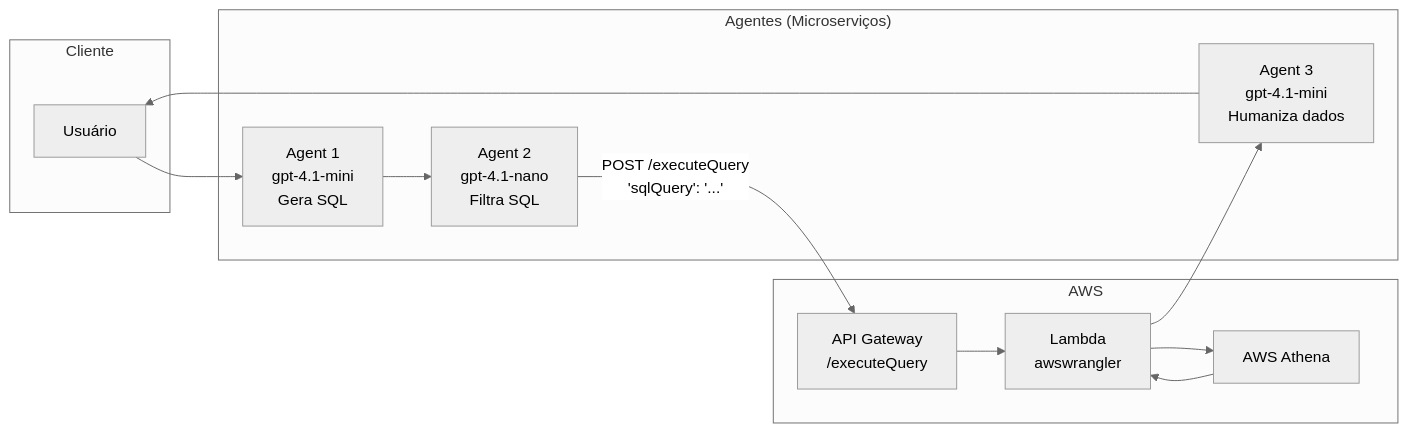
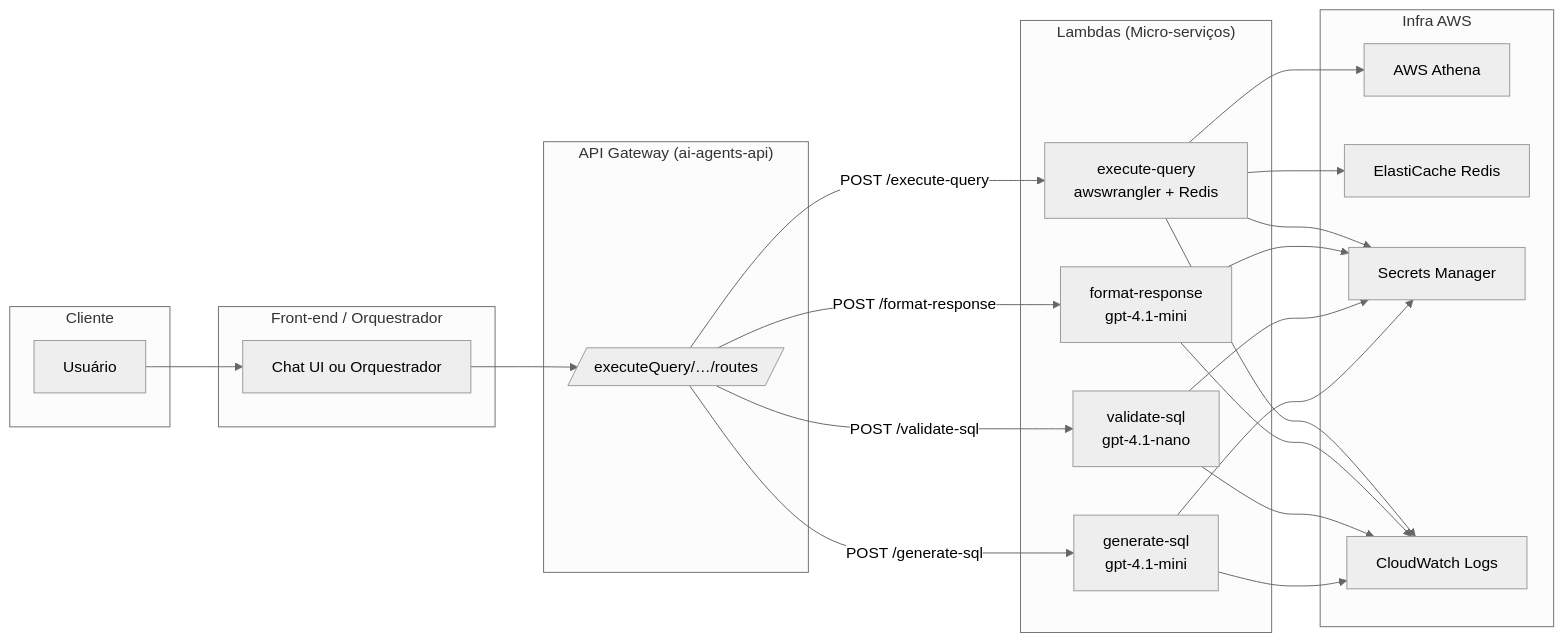
Before and after one commit to caio-andres/sql-executor-agent: the diagram in README.md, drawn with Mermaid (neutral theme). The commit also changed other lines of this file, not shown here.

Commit message:
chore(Mermaid): Cloud architecture updated.

````diff
--- a/README.md
+++ b/README.md
@@ -5,29 +16,45 @@
 ```mermaid
 graph LR
-    %% Definição de clusters/layers
-    subgraph Cliente
-      U[Usuário]
-    end
+  subgraph Cliente
+    U[Usuário]
+  end
 
-    subgraph "Agentes (Microserviços)"
-      A1[Agent 1<br/>gpt-4.1-mini<br/>Gera SQL]
-      A2[Agent 2<br/>gpt-4.1-nano<br/>Filtra SQL]
-      A3[Agent 3<br/>gpt-4.1-mini<br/>Humaniza dados]
-    end
+  subgraph "Front-end / Orquestrador"
+    FE[Chat UI ou Orquestrador]
+  end
 
-    subgraph AWS
-      APIGW[API Gateway<br/>/executeQuery]
-      LambdaExec[Lambda<br/>awswrangler]
-      Athena[AWS Athena]
-    end
+  subgraph "API Gateway (ai-agents-api)"
+    APIGW[/executeQuery/…/routes/]
+  end
 
-    %% Fluxo de dados
-    U --> A1
-    A1 --> A2
-    A2 -->|POST /executeQuery<br/>'sqlQuery': '...'| APIGW
-    APIGW --> LambdaExec
-    LambdaExec --> Athena
-    Athena --> LambdaExec
-    LambdaExec --> A3
-    A3 --> U
+  subgraph "Lambdas (Micro-serviços)"
+    A1[generate-sql<br/>gpt-4.1-mini]
+    A2[validate-sql<br/>gpt-4.1-nano]
+    Exec[execute-query<br/>awswrangler + Redis]
+    A3[format-response<br/>gpt-4.1-mini]
+  end
+
+  subgraph "Infra AWS"
+    Athena[AWS Athena]
+    Redis[ElastiCache Redis]
+    SM[Secrets Manager]
+    CW[CloudWatch Logs]
+  end
+
+  U --> FE
+  FE --> APIGW
+  APIGW -->|POST /generate-sql| A1
+  APIGW -->|POST /validate-sql| A2
+  APIGW -->|POST /execute-query| Exec
+  APIGW -->|POST /format-response| A3
+  Exec --> Athena
+  Exec --> Redis
+  A1 --> SM
+  A2 --> SM
+  A3 --> SM
+  Exec --> SM
+  A1 --> CW
+  A2 --> CW
+  A3 --> CW
+  Exec --> CW
 ```
````
